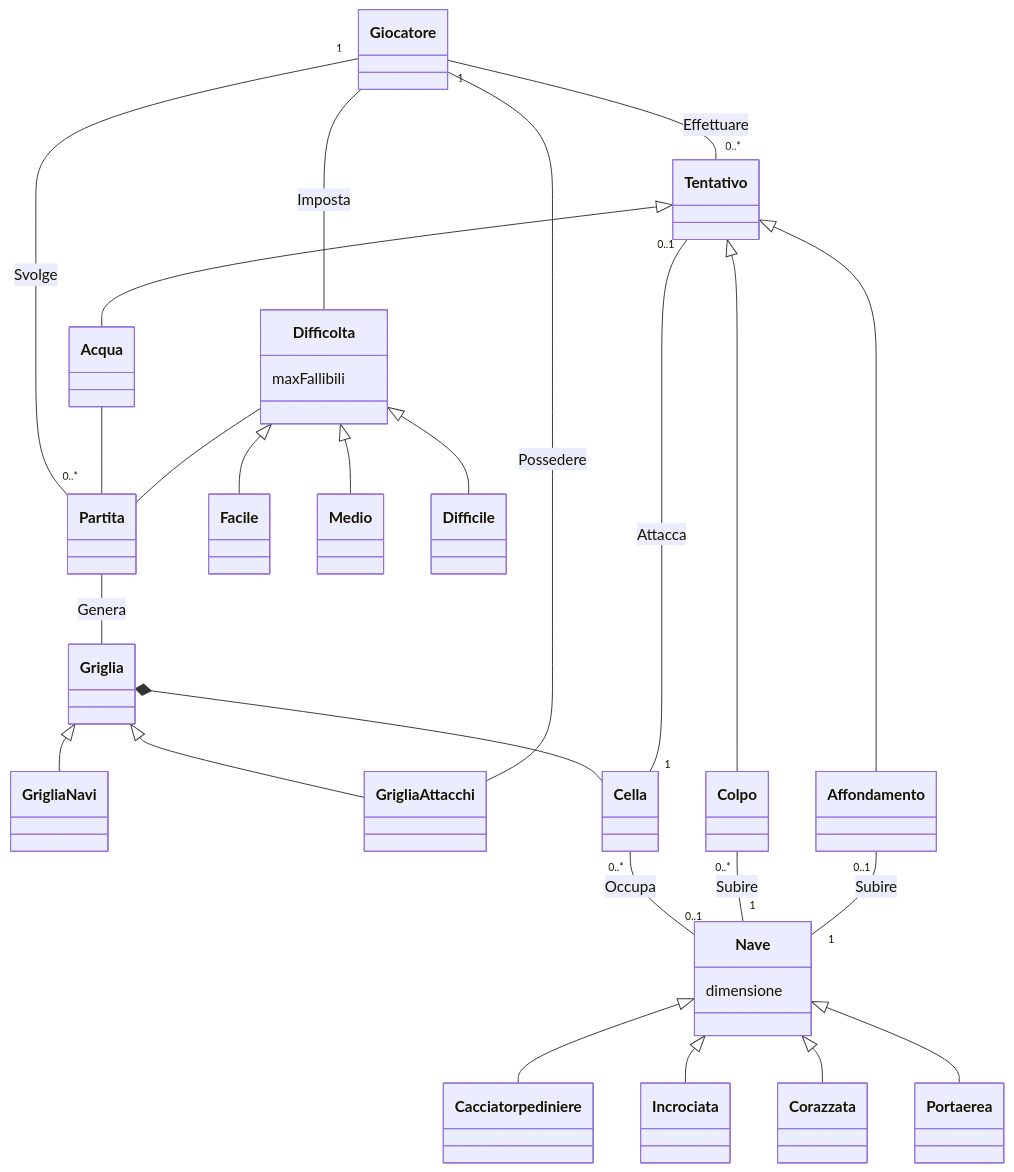
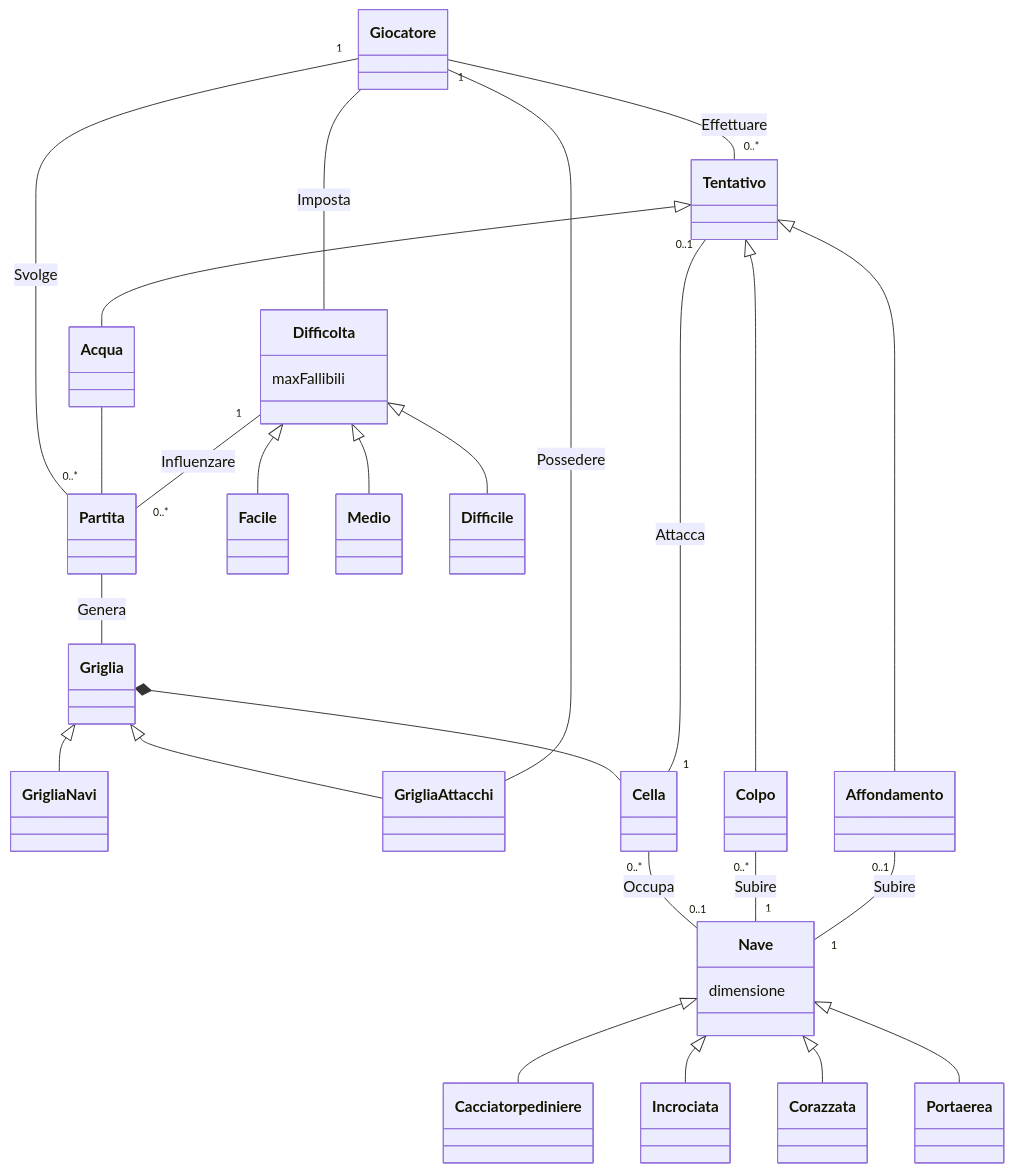
One commit to softeng2223-inf-uniba/progetto2223-thacker changed the diagram in docs/Report.md. Above: the diagram before and after it, drawn with Mermaid.

Commit message:
Aggiunta etichetta associazione tra Difficoltà e Partita

````diff
--- a/docs/Report.md
+++ b/docs/Report.md
@@ -7,46 +7,45 @@
 ```mermaid
     
     classDiagram
         
         Giocatore "1" -- "0..*" Tentativo : Effettuare
         Giocatore "1" -- "0..*" Partita : Svolge
         Giocatore -- Difficolta : Imposta
-        
+
         Griglia <|-- GrigliaNavi
         Griglia <|-- GrigliaAttacchi
-
         Giocatore -- GrigliaAttacchi : Possedere
 
         Partita -- Griglia : Genera
         Griglia *-- Cella
         Cella "0..*" -- "0..1" Nave : Occupa
         Tentativo "0..1" -- "1" Cella : Attacca
 
         Nave <|-- Cacciatorpediniere
         Nave <|-- Incrociata
         Nave <|-- Corazzata
         Nave <|-- Portaerea
         
         Tentativo <|-- Acqua
         Tentativo <|-- Colpo
         Tentativo <|-- Affondamento
 
         Acqua -- Partita
         Colpo "0..*" -- "1" Nave : Subire
         Affondamento "0..1" -- "1" Nave : Subire
 
-        Difficolta -- Partita
+        Difficolta "1" -- "0..*" Partita : Influenzare
         Difficolta <|-- Facile
         Difficolta <|-- Medio
         Difficolta <|-- Difficile
 
         class Nave{
             dimensione
         }
 
         class Difficolta{
             maxFallibili
         }
 
 
 ```
````
